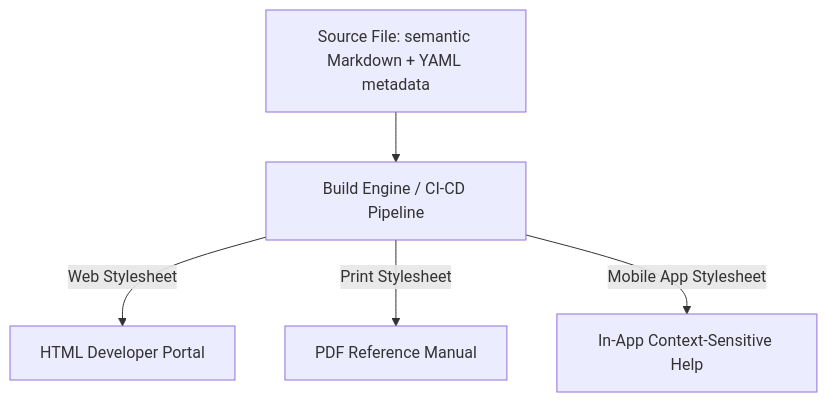
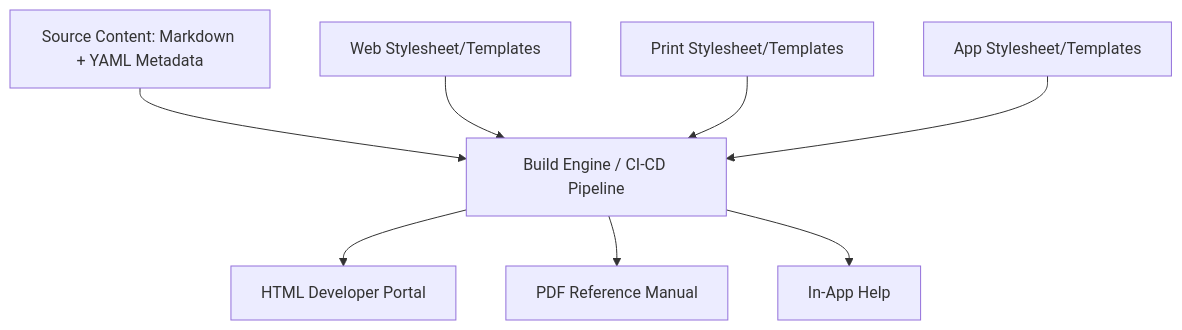
The diagram in docs/industry-terms/media-independence-architecture.md (vaishvanara/techwritingkb), drawn with Mermaid before and after one commit. The commit also changed other lines of this file and 51 other files, not shown here.

````diff
--- a/docs/industry-terms/media-independence-architecture.md
+++ b/docs/industry-terms/media-independence-architecture.md
@@ -42,7 +42,10 @@
 ```mermaid
 graph TD
-    Source[Source File: semantic Markdown + YAML metadata] --> Build[Build Engine / CI-CD Pipeline]
-    Build -->|Web Stylesheet| Web[HTML Developer Portal]
-    Build -->|Print Stylesheet| Print[PDF Reference Manual]
-    Build -->|Mobile App Stylesheet| Mobile[In-App Context-Sensitive Help]
+    Source[Source Content: Markdown + YAML Metadata] --> Build[Build Engine / CI-CD Pipeline]
+    WebStyle[Web Stylesheet/Templates] --> Build
+    PrintStyle[Print Stylesheet/Templates] --> Build
+    AppStyle[App Stylesheet/Templates] --> Build
+    Build --> WebOut[HTML Developer Portal]
+    Build --> PrintOut[PDF Reference Manual]
+    Build --> MobileOut[In-App Help]
 ```
````
